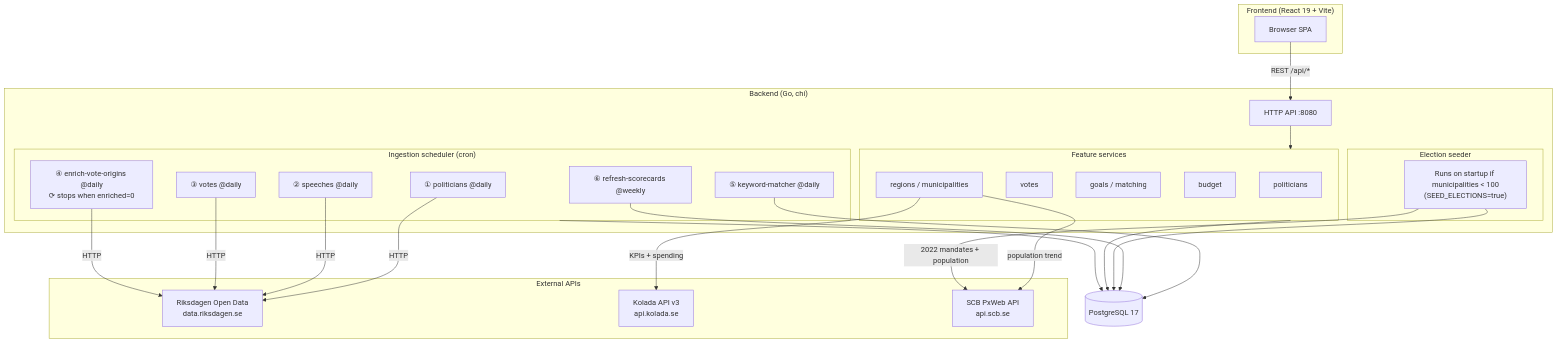
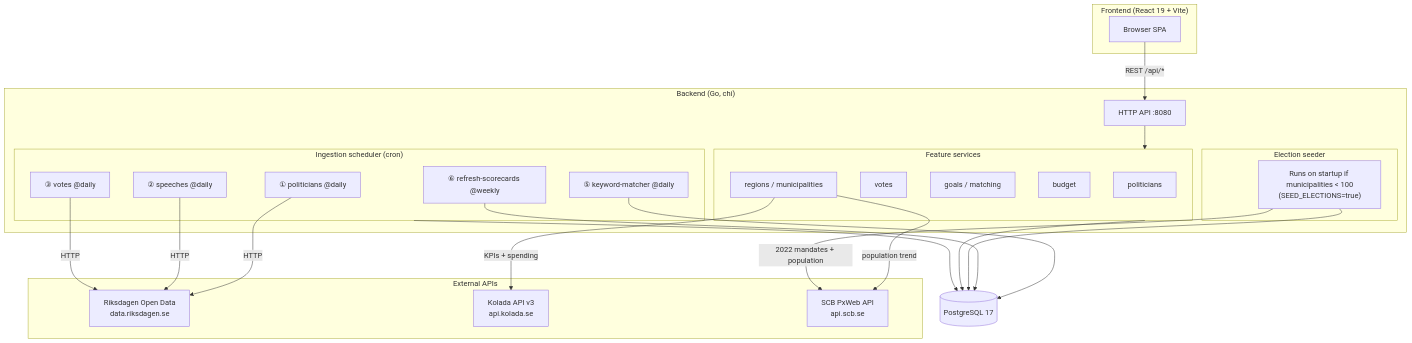
One commit to Runemark7/swedish-democratic-tracker changed the diagram in README.md. Above: the diagram before and after it, drawn with Mermaid. The commit also changed 56 other files, not shown here.

````diff
--- a/README.md
+++ b/README.md
@@ -13,53 +13,52 @@
 ```mermaid
 graph TD
     subgraph fe["Frontend (React 19 + Vite)"]
         FE["Browser SPA"]
     end
 
     subgraph be["Backend (Go, chi)"]
         API["HTTP API :8080"]
 
         subgraph features["Feature services"]
             PS["politicians"]
             VS["votes"]
             GS["goals / matching"]
             BS["budget"]
             RS["regions / municipalities"]
         end
 
         subgraph ingestion["Ingestion scheduler (cron)"]
             W1["① politicians @daily"]
             W2["② speeches @daily"]
             W3["③ votes @daily"]
-            W4["④ enrich-vote-origins @daily\n⟳ stops when enriched=0"]
             W5["⑤ keyword-matcher @daily"]
             W6["⑥ refresh-scorecards @weekly"]
         end
 
         subgraph seeder["Election seeder"]
             SD["Runs on startup if municipalities < 100\n(SEED_ELECTIONS=true)"]
         end
     end
 
     subgraph ext["External APIs"]
         RD["Riksdagen Open Data\ndata.riksdagen.se"]
         KO["Kolada API v3\napi.kolada.se"]
         SC["SCB PxWeb API\napi.scb.se"]
     end
 
     DB[(PostgreSQL 17)]
 
     FE -->|REST /api/*| API
     API --> features
     features --> DB
 
-    W1 & W2 & W3 & W4 -->|HTTP| RD
+    W1 & W2 & W3 -->|HTTP| RD
     W5 & W6 --> DB
 
     RS -->|KPIs + spending| KO
     RS -->|population trend| SC
     SD -->|2022 mandates + population| SC
     SD --> DB
 
     ingestion --> DB
 ```
````
